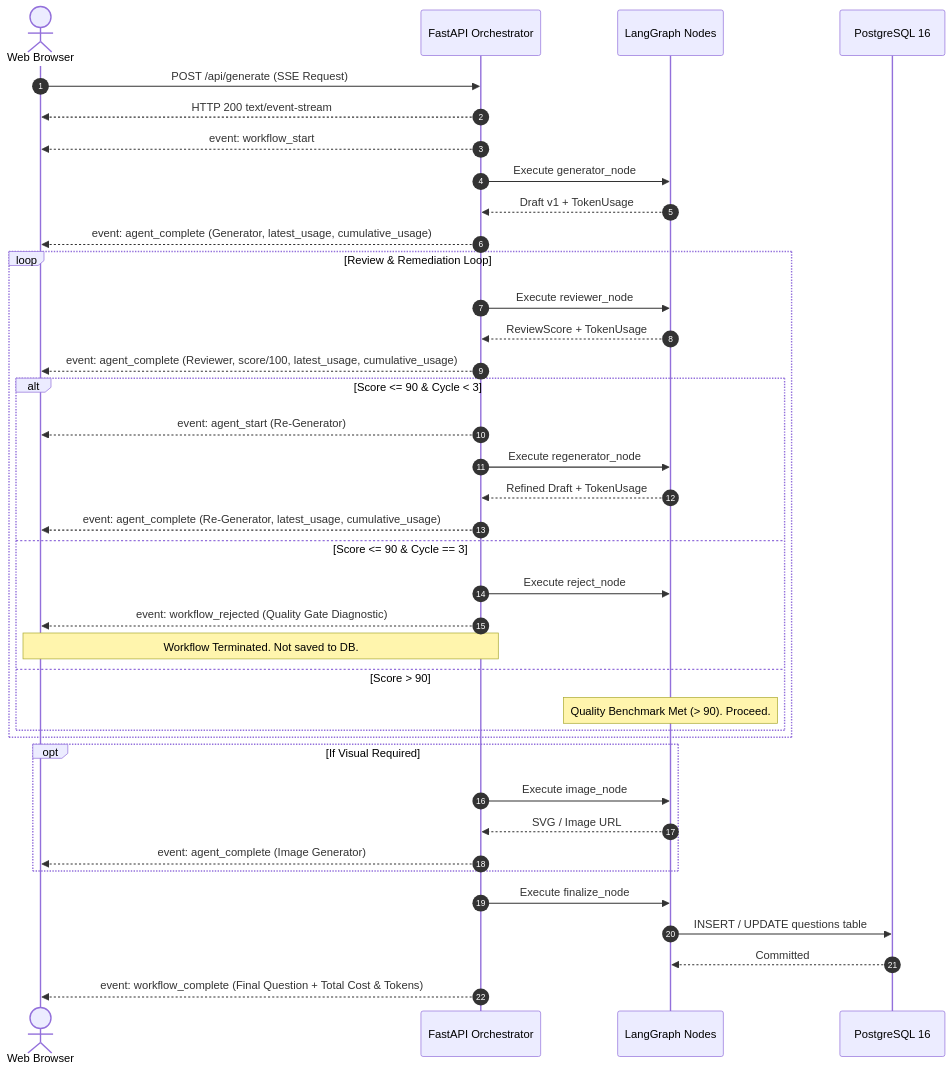
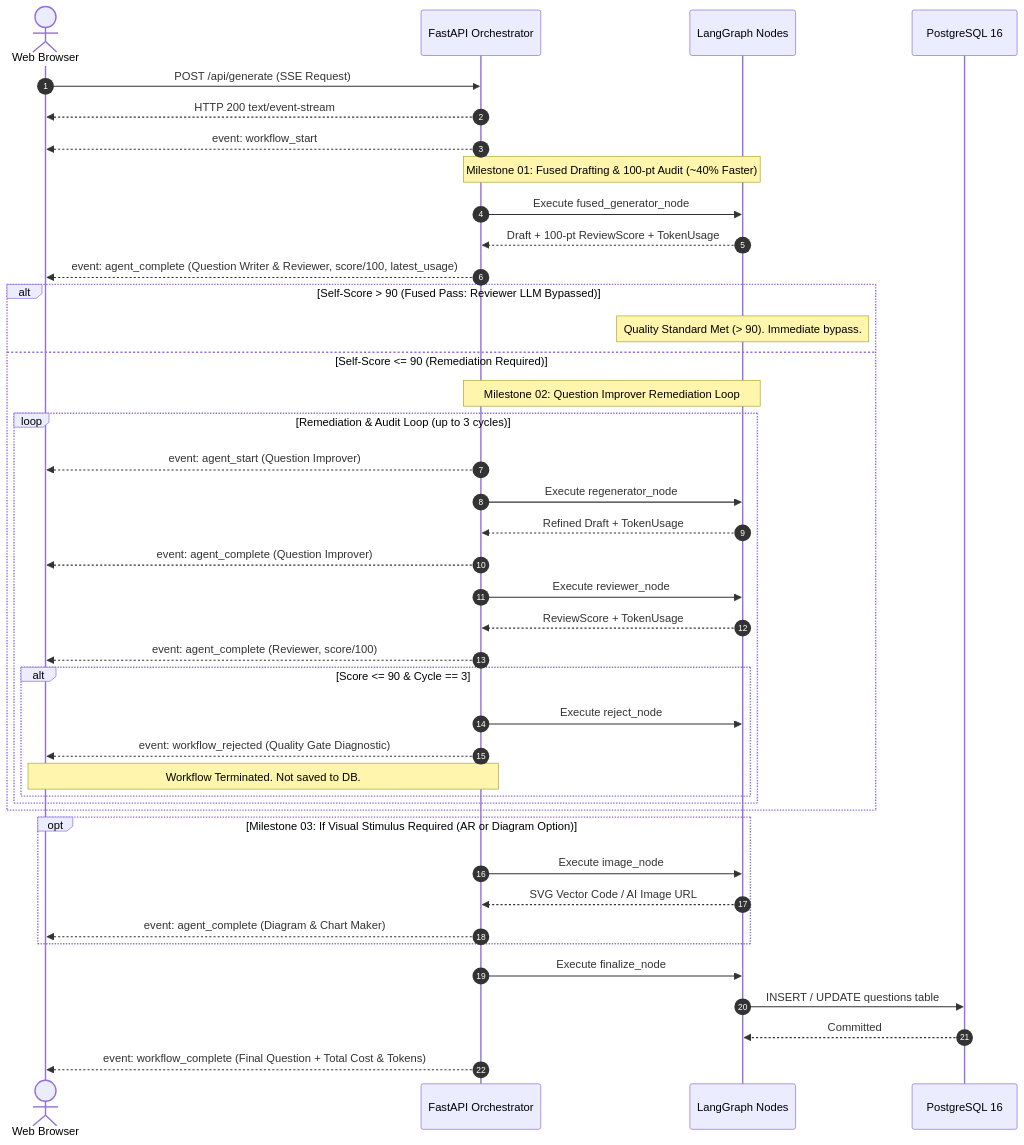
The third of 5 diagrams in docs/ARCHITECTURE.md (VishwamPatel-Infynno/MCAT-Question-Bank-Generator), drawn with Mermaid before and after one commit. The commit also changed other lines of this file and 20 other files, not shown here.

````diff
--- a/docs/ARCHITECTURE.md
+++ b/docs/ARCHITECTURE.md
@@ -184,46 +185,48 @@
 ```mermaid
 sequenceDiagram
     autonumber
     actor Client as Web Browser
     participant API as FastAPI Orchestrator
     participant Graph as LangGraph Nodes
     participant DB as PostgreSQL 16
 
     Client->>API: POST /api/generate (SSE Request)
     API-->>Client: HTTP 200 text/event-stream
     API-->>Client: event: workflow_start
 
-    API->>Graph: Execute generator_node
-    Graph-->>API: Draft v1 + TokenUsage
-    API-->>Client: event: agent_complete (Generator, latest_usage, cumulative_usage)
+    Note over API,Graph: Milestone 01: Fused Drafting & 100-pt Audit (~40% Faster)
+    API->>Graph: Execute fused_generator_node
+    Graph-->>API: Draft + 100-pt ReviewScore + TokenUsage
+    API-->>Client: event: agent_complete (Question Writer & Reviewer, score/100, latest_usage)
 
-    loop Review & Remediation Loop
-        API->>Graph: Execute reviewer_node
-        Graph-->>API: ReviewScore + TokenUsage
-        API-->>Client: event: agent_complete (Reviewer, score/100, latest_usage, cumulative_usage)
-        
-        alt Score <= 90 & Cycle < 3
-            API-->>Client: event: agent_start (Re-Generator)
+    alt Self-Score > 90 (Fused Pass: Reviewer LLM Bypassed)
+        Note over Graph: Quality Standard Met (> 90). Immediate bypass.
+    else Self-Score <= 90 (Remediation Required)
+        Note over API,Graph: Milestone 02: Question Improver Remediation Loop
+        loop Remediation & Audit Loop (up to 3 cycles)
+            API-->>Client: event: agent_start (Question Improver)
             API->>Graph: Execute regenerator_node
             Graph-->>API: Refined Draft + TokenUsage
-            API-->>Client: event: agent_complete (Re-Generator, latest_usage, cumulative_usage)
-        else Score <= 90 & Cycle == 3
-            API->>Graph: Execute reject_node
-            API-->>Client: event: workflow_rejected (Quality Gate Diagnostic)
-            Note over Client,API: Workflow Terminated. Not saved to DB.
-        else Score > 90
-            Note over Graph: Quality Benchmark Met (> 90). Proceed.
+            API-->>Client: event: agent_complete (Question Improver)
+            API->>Graph: Execute reviewer_node
+            Graph-->>API: ReviewScore + TokenUsage
+            API-->>Client: event: agent_complete (Reviewer, score/100)
+            alt Score <= 90 & Cycle == 3
+                API->>Graph: Execute reject_node
+                API-->>Client: event: workflow_rejected (Quality Gate Diagnostic)
+                Note over Client,API: Workflow Terminated. Not saved to DB.
+            end
         end
     end
 
-    opt If Visual Required
+    opt Milestone 03: If Visual Stimulus Required (AR or Diagram Option)
         API->>Graph: Execute image_node
-        Graph-->>API: SVG / Image URL
-        API-->>Client: event: agent_complete (Image Generator)
+        Graph-->>API: SVG Vector Code / AI Image URL
+        API-->>Client: event: agent_complete (Diagram & Chart Maker)
     end
 
     API->>Graph: Execute finalize_node
     Graph->>DB: INSERT / UPDATE questions table
     DB-->>Graph: Committed
     API-->>Client: event: workflow_complete (Final Question + Total Cost & Tokens)
 ```
````
